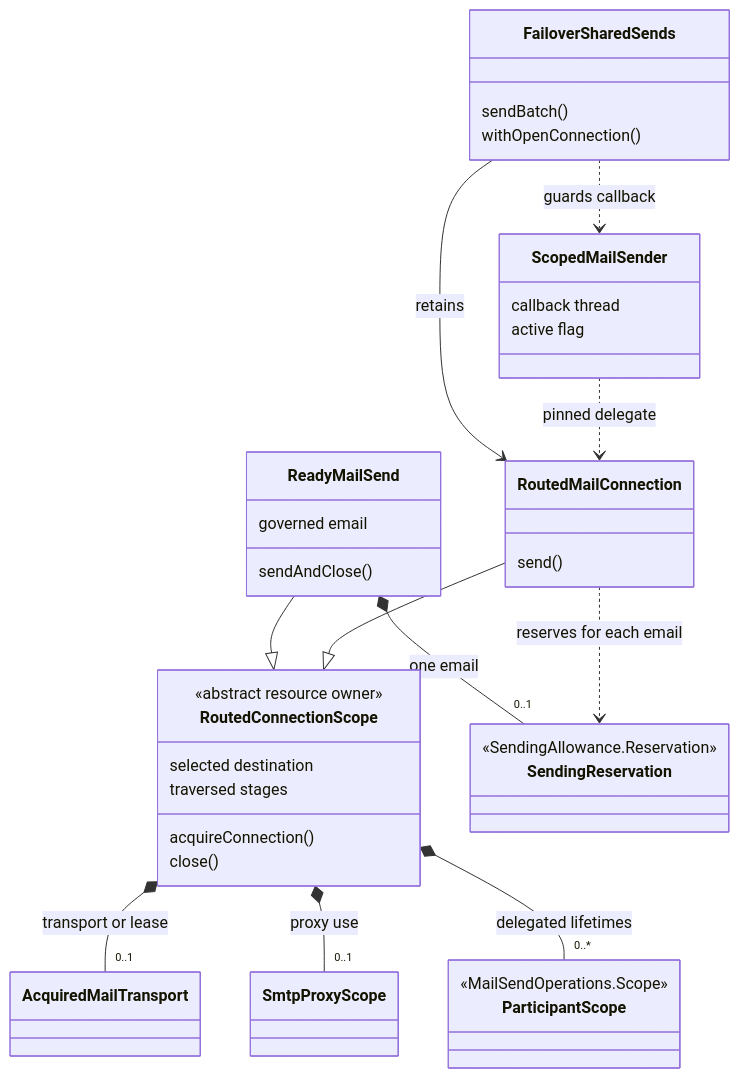
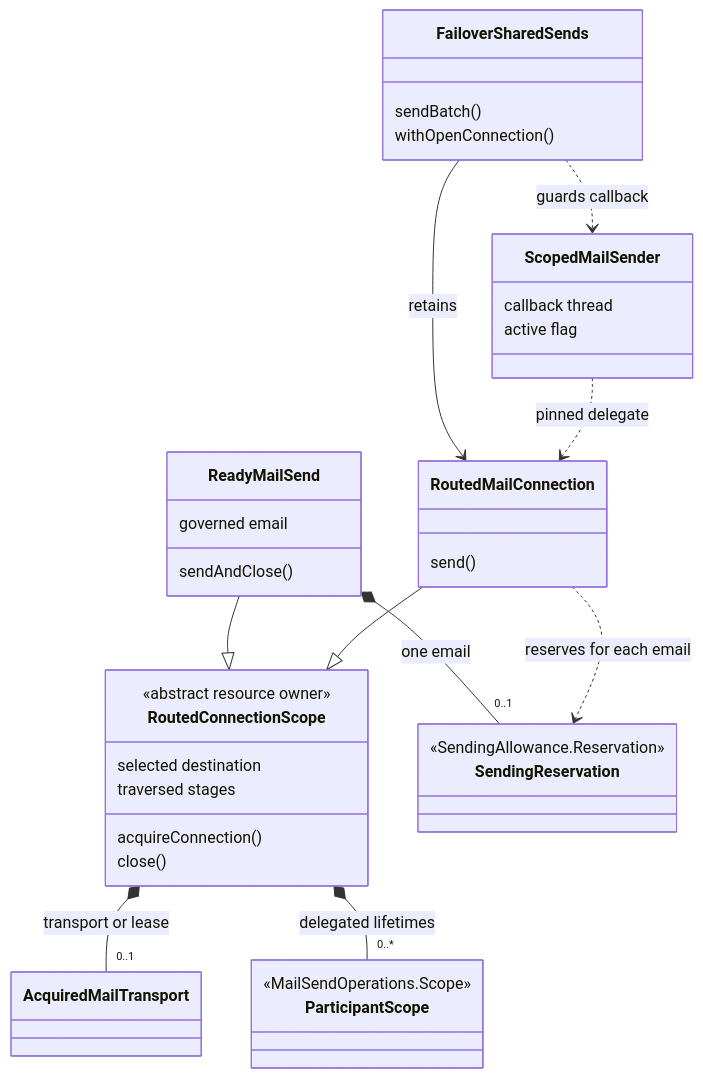
Before and after one commit to bbottema/simple-java-mail: the sixth of 6 diagrams in docs/failover/architecture.md, drawn with Mermaid. The commit also changed other lines of this file and 139 other files, not shown here.

````diff
--- a/docs/failover/architecture.md
+++ b/docs/failover/architecture.md
@@ -358,44 +357,42 @@
 ```mermaid
 classDiagram
     direction TB
     class FailoverSharedSends {
         sendBatch()
         withOpenConnection()
     }
     class RoutedMailConnection {
         send()
     }
     class ReadyMailSend {
         governed email
         sendAndClose()
     }
     class RoutedConnectionScope {
         <<abstract resource owner>>
         selected destination
         traversed stages
         acquireConnection()
         close()
     }
     class AcquiredMailTransport
-    class SmtpProxyScope
     class SendingReservation {
         <<SendingAllowance.Reservation>>
     }
     class ParticipantScope {
         <<MailSendOperations.Scope>>
     }
     class ScopedMailSender {
         callback thread
         active flag
     }
     FailoverSharedSends --> RoutedMailConnection : retains
     ReadyMailSend --|> RoutedConnectionScope
     RoutedMailConnection --|> RoutedConnectionScope
     RoutedConnectionScope *-- "0..1" AcquiredMailTransport : transport or lease
-    RoutedConnectionScope *-- "0..1" SmtpProxyScope : proxy use
     RoutedConnectionScope *-- "0..*" ParticipantScope : delegated lifetimes
     ReadyMailSend *-- "0..1" SendingReservation : one email
     RoutedMailConnection ..> SendingReservation : reserves for each email
     FailoverSharedSends ..> ScopedMailSender : guards callback
     ScopedMailSender ..> RoutedMailConnection : pinned delegate
 ```
````
